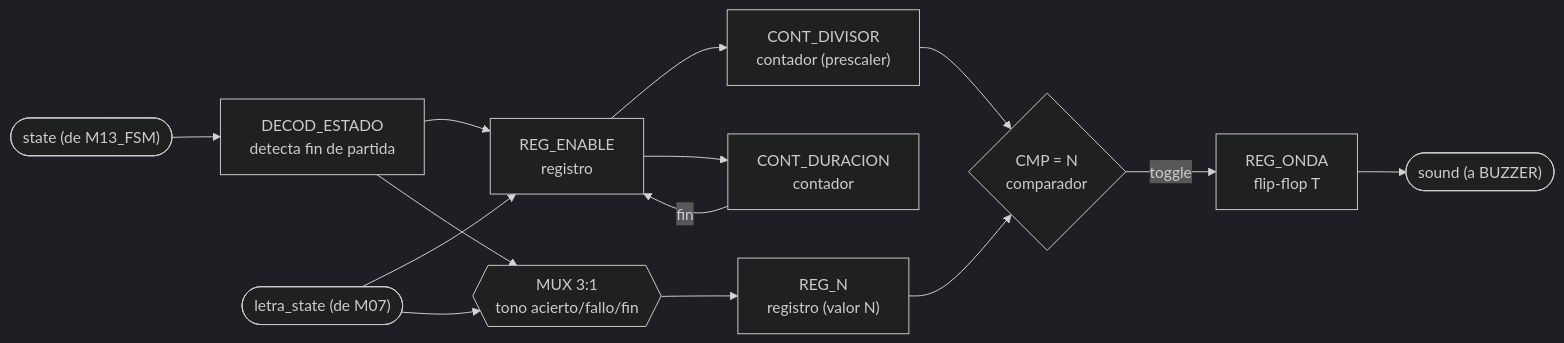
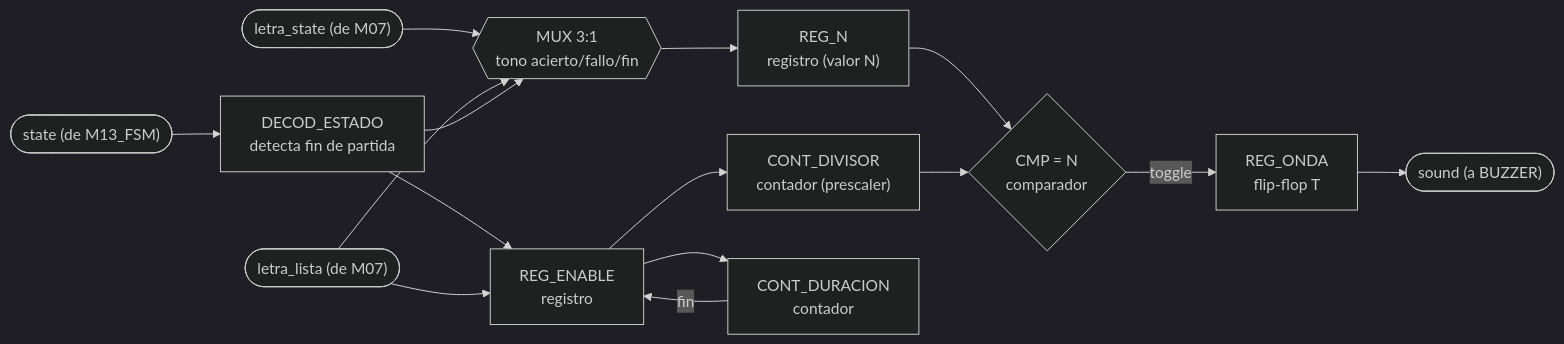
One commit to Taller-de-diseno-digital-GR01/Proyecto-2-Ahorcado changed the first of 2 diagrams in docs/diseño/modulos/M02_Generador-Tono.md. Above: the diagram before and after it, drawn with Mermaid (dark theme). The commit also changed other lines of this file and 8 other files, not shown here.

````diff
--- a/docs/diseño/modulos/M02_Generador-Tono.md
+++ b/docs/diseño/modulos/M02_Generador-Tono.md
@@ -9,16 +9,17 @@
 ```mermaid
 flowchart LR
     IN_STATE(["state (de M13_FSM)"]) --> DEC_ST["DECOD_ESTADO<br/>detecta fin de partida"]
     DEC_ST --> REG_EN["REG_ENABLE<br/>registro"]
-    IN_LST(["letra_state (de M07)"]) --> REG_EN
-    IN_LST --> MUX1{{"MUX 3:1<br/>tono acierto/fallo/fin"}}
+    IN_LST(["letra_state (de M07)"]) --> MUX1{{"MUX 3:1<br/>tono acierto/fallo/fin"}}
+    IN_LL(["letra_lista (de M07)"]) --> REG_EN
+    IN_LL --> MUX1
     DEC_ST --> MUX1
     MUX1 --> REG_N["REG_N<br/>registro (valor N)"]
     REG_EN --> CNT_DIV["CONT_DIVISOR<br/>contador (prescaler)"]
     REG_N --> CMP1{"CMP = N<br/>comparador"}
     CNT_DIV --> CMP1
     CMP1 -->|toggle| REG_SQ["REG_ONDA<br/>flip-flop T"]
     REG_SQ --> OUT_SND(["sound (a BUZZER)"])
     CNT_DUR["CONT_DURACION<br/>contador"] -->|fin| REG_EN
     REG_EN --> CNT_DUR
 ```
````
